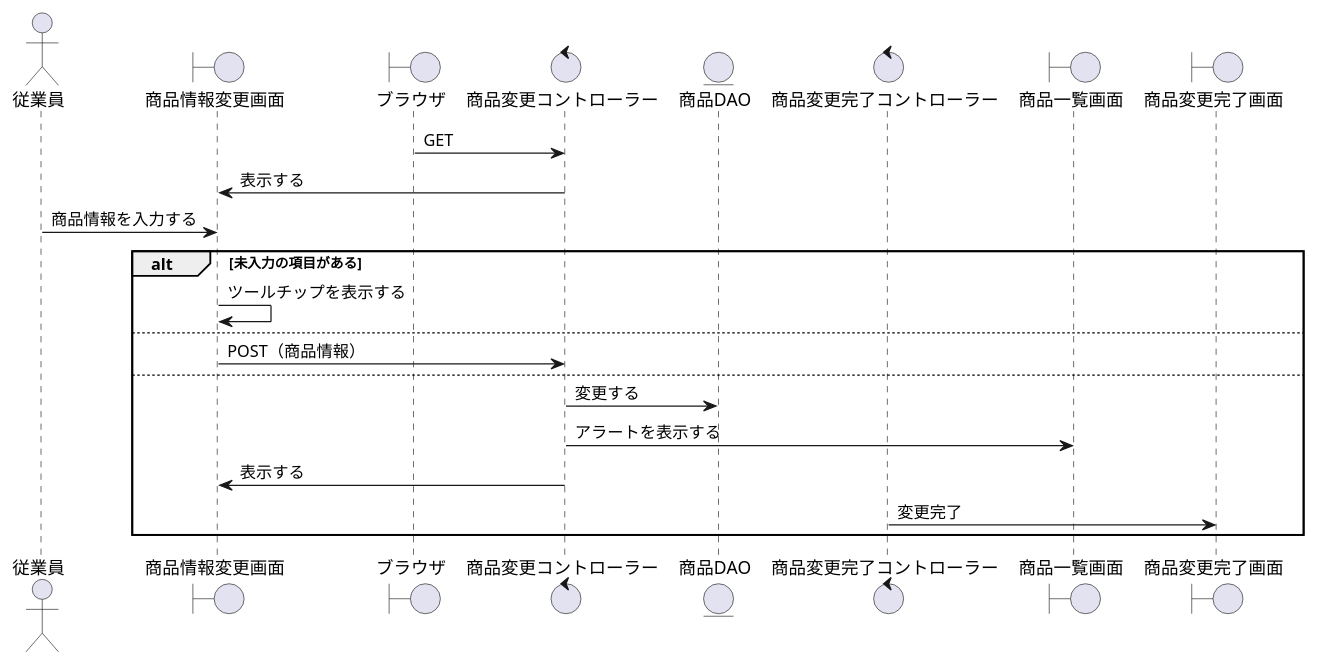
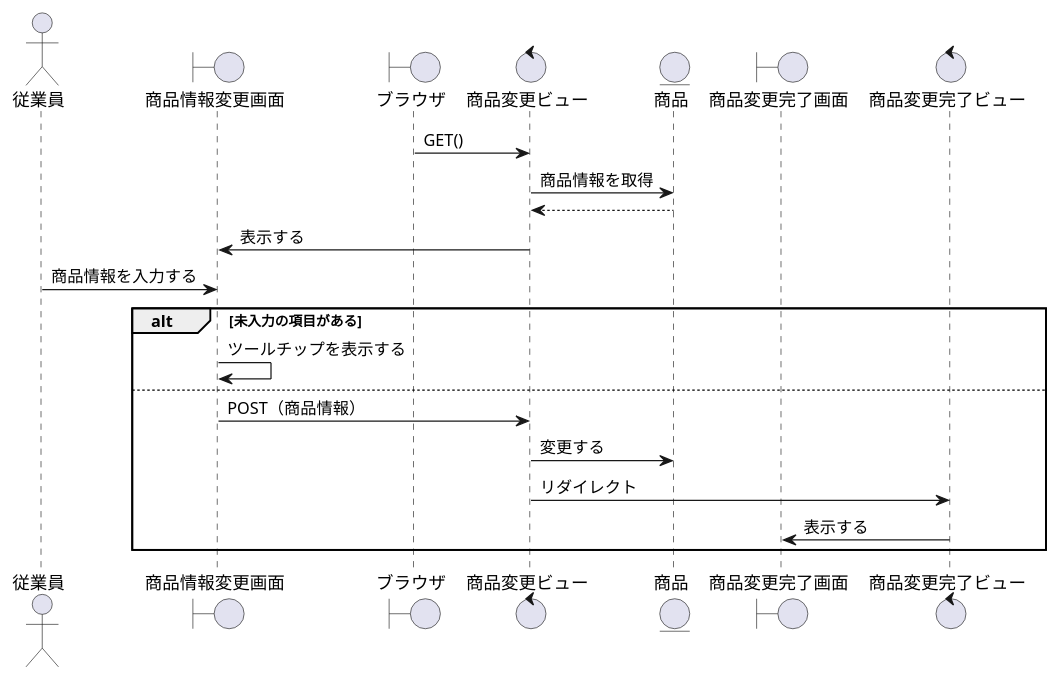
The diagram in BBショップ/商品変更.wsd (ysyk-wtnb16/team_D), drawn with PlantUML before and after one commit. The commit also changed 2 other files, not shown here.

```diff
--- a/BBショップ/商品変更.wsd
+++ b/BBショップ/商品変更.wsd
@@ -1,27 +1,27 @@
 @startuml syouhin_henkou
 actor "従業員" as act
 boundary "商品情報変更画面" as shb
 boundary "ブラウザ" as brz
-control "商品変更コントローラー" as shc
-entity "商品DAO" as product
-control "商品変更完了コントローラー" as shkc
-boundary "商品一覧画面" as sib
+control "商品変更ビュー" as shc
+entity "商品" as product
 boundary "商品変更完了画面" as shkb
+control "商品変更完了ビュー" as shkc
 
-shc <- brz: GET
+' 商品の主キーを()の中に入れる
+shc <- brz: GET()
+shc -> product: 商品情報を取得
+shc <-- product:
 shb <- shc: 表示する
 act -> shb: 商品情報を入力する
 
 alt 未入力の項目がある
     
     shb -> shb: ツールチップを表示する
 else
     shb -> shc: POST（商品情報）
 
-    else
-        shc -> product: 変更する
-        shc -> sib: アラートを表示する
-        shb <- shc: 表示する
-        shkc -> shkb: 変更完了
+    shc -> product: 変更する
+    shc -> shkc: リダイレクト 
+    shkc -> shkb: 表示する
 end
 @enduml
```
